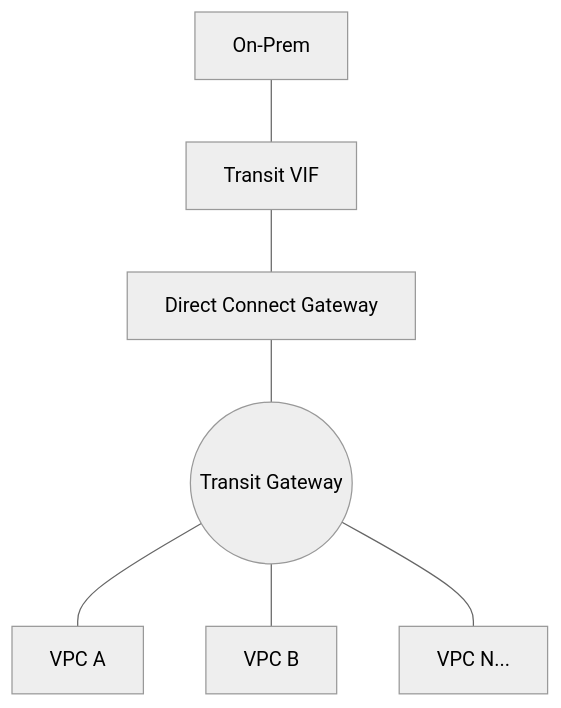
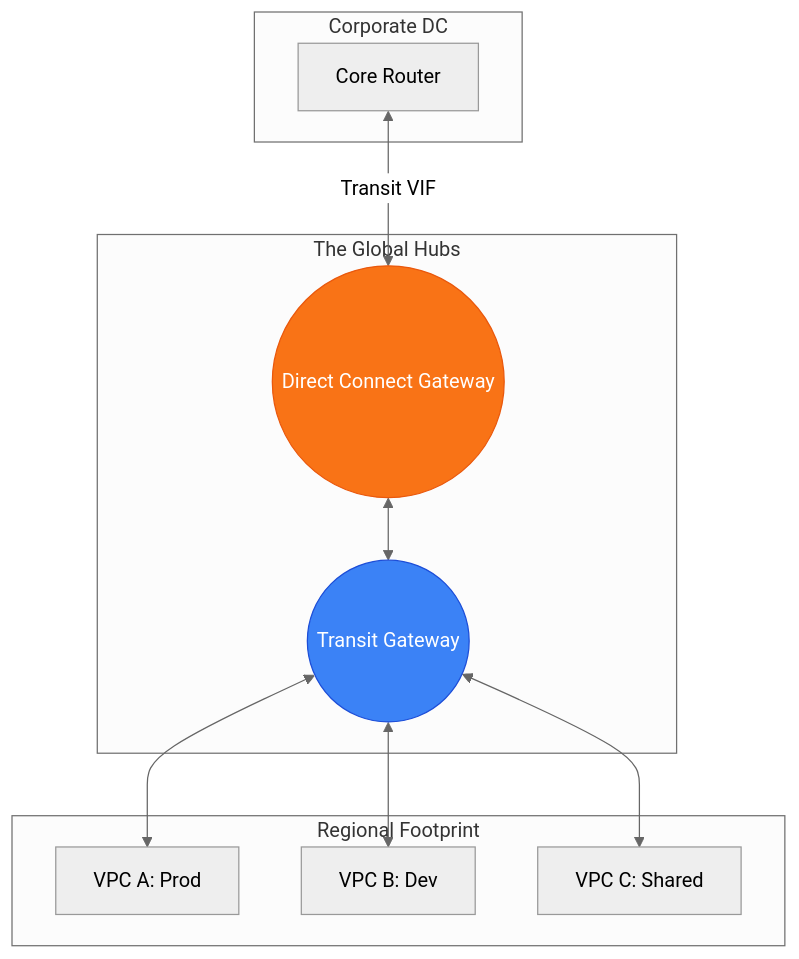
One commit to Ganil151/Devops changed the diagram in 2-Intermediate/01-Phase-1/01-Networking/09-Hybrid-Connectivity/03-TGW-and-Hybrid-Architectures/README.md. Above: the diagram before and after it, drawn with Mermaid (neutral theme). The commit also changed other lines of this file and 51 other files, not shown here.

````diff
--- a/2-Intermediate/01-Phase-1/01-Networking/09-Hybrid-Connectivity/03-TGW-and-Hybrid-Architectures/README.md
+++ b/2-Intermediate/01-Phase-1/01-Networking/09-Hybrid-Connectivity/03-TGW-and-Hybrid-Architectures/README.md
@@ -30,9 +5,26 @@
 ```mermaid
 graph TD
-    OnPrem[On-Prem] --- DX[Transit VIF]
-    DX --- DXGW[Direct Connect Gateway]
-    DXGW --- TGW((Transit Gateway))
-    TGW --- VPC_A[VPC A]
-    TGW --- VPC_B[VPC B]
-    TGW --- VPC_N[VPC N...]
+    subgraph On_Prem[Corporate DC]
+        R1[Core Router]
+    end
+
+    subgraph Hybrid_Core[The Global Hubs]
+        DXGW((Direct Connect Gateway))
+        TGW((Transit Gateway))
+    end
+
+    subgraph AWS_Ecosystem[Regional Footprint]
+        VPC_A[VPC A: Prod]
+        VPC_B[VPC B: Dev]
+        VPC_C[VPC C: Shared]
+    end
+
+    R1 <-->|Transit VIF| DXGW
+    DXGW <--> TGW
+    TGW <--> VPC_A
+    TGW <--> VPC_B
+    TGW <--> VPC_C
+
+    style DXGW fill:#f97316,stroke:#ea580c,color:#fff
+    style TGW fill:#3b82f6,stroke:#1d4ed8,color:#fff
 ```
````
